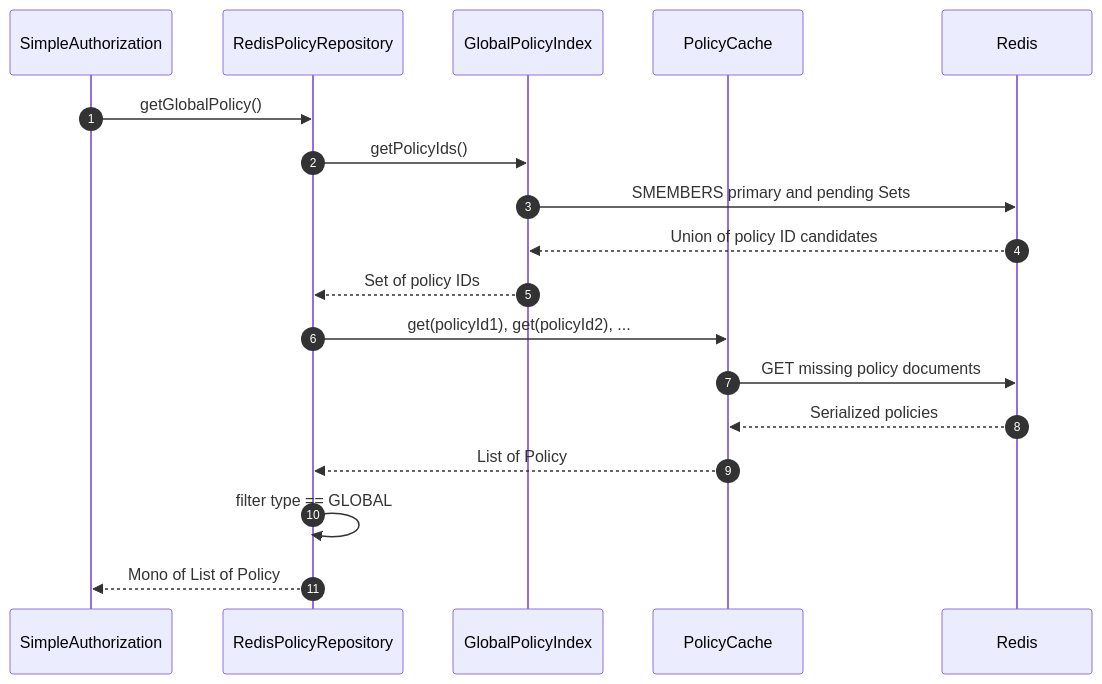
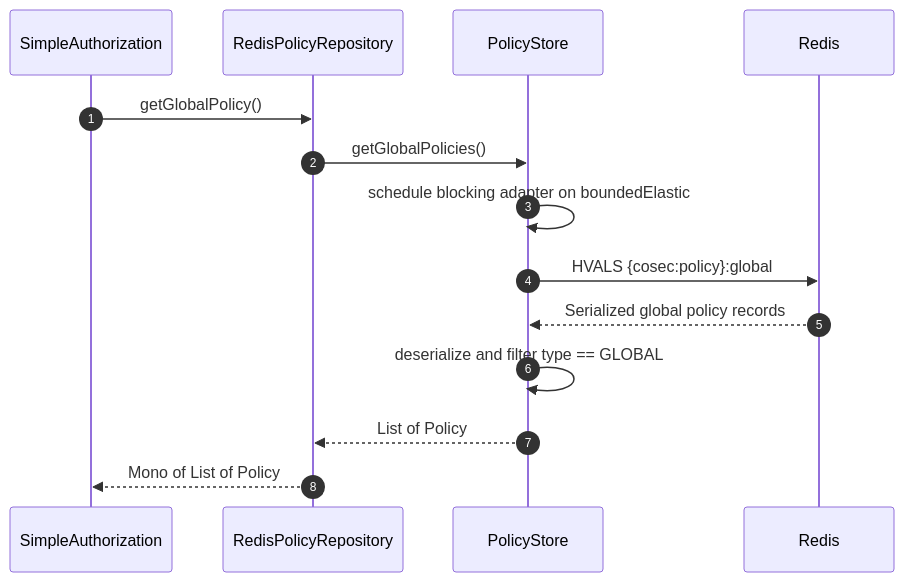
One commit to Ahoo-Wang/CoSec changed the second of 4 diagrams in wiki/deep-dive/integrations/redis-caching.md. Above: the diagram before and after it, drawn with Mermaid. The commit also changed other lines of this file and 26 other files, not shown here.

````diff
--- a/wiki/deep-dive/integrations/redis-caching.md
+++ b/wiki/deep-dive/integrations/redis-caching.md
@@ -55,24 +51,20 @@
 ```mermaid
 sequenceDiagram
     autonumber
     participant Auth as SimpleAuthorization
     participant Repo as RedisPolicyRepository
-    participant Index as GlobalPolicyIndex
-    participant PolicyCache as PolicyCache
+    participant Store as PolicyStore
     participant Redis
 
     Auth->>Repo: getGlobalPolicy()
-    Repo->>Index: getPolicyIds()
-    Index->>Redis: SMEMBERS primary and pending Sets
-    Redis-->>Index: Union of policy ID candidates
-    Index-->>Repo: Set of policy IDs
-    Repo->>PolicyCache: get(policyId1), get(policyId2), ...
-    PolicyCache->>Redis: GET missing policy documents
-    Redis-->>PolicyCache: Serialized policies
-    PolicyCache-->>Repo: List of Policy
-    Repo->>Repo: filter type == GLOBAL
+    Repo->>Store: getGlobalPolicies()
+    Store->>Store: schedule blocking adapter on boundedElastic
+    Store->>Redis: HVALS {cosec:policy}:global
+    Redis-->>Store: Serialized global policy records
+    Store->>Store: deserialize and filter type == GLOBAL
+    Store-->>Repo: List of Policy
     Repo-->>Auth: Mono of List of Policy
 
 
 
 ```
````
